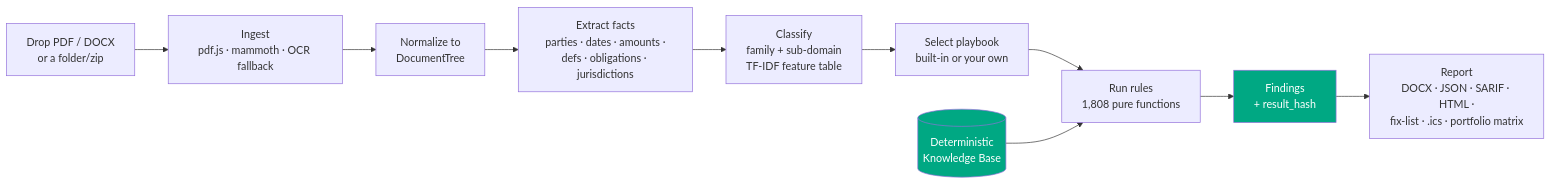
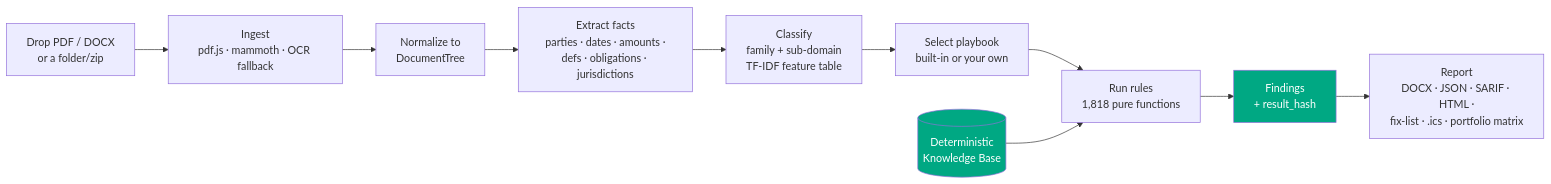
The first of 11 diagrams in README.md (clay-good/vaulytica), drawn with Mermaid before and after one commit. The commit also changed other lines of this file and 380 other files, not shown here.

````diff
--- a/README.md
+++ b/README.md
@@ -27,14 +27,14 @@
 ```mermaid
 flowchart LR
   A[Drop PDF / DOCX<br/>or a folder/zip] --> B[Ingest<br/>pdf.js · mammoth · OCR fallback]
   B --> C[Normalize to<br/>DocumentTree]
   C --> D[Extract facts<br/>parties · dates · amounts ·<br/>defs · obligations · jurisdictions]
   D --> E[Classify<br/>family + sub-domain<br/>TF-IDF feature table]
   E --> F[Select playbook<br/>built-in or your own]
-  F --> G[Run rules<br/>1,808 pure functions]
+  F --> G[Run rules<br/>1,818 pure functions]
   G --> H[Findings<br/>+ result_hash]
   H --> I[Report<br/>DOCX · JSON · SARIF · HTML ·<br/>fix-list · .ics · portfolio matrix]
   K[(Deterministic<br/>Knowledge Base)] --> G
   style K fill:#00A883,color:#fff
   style H fill:#00A883,color:#fff
 ```
````
